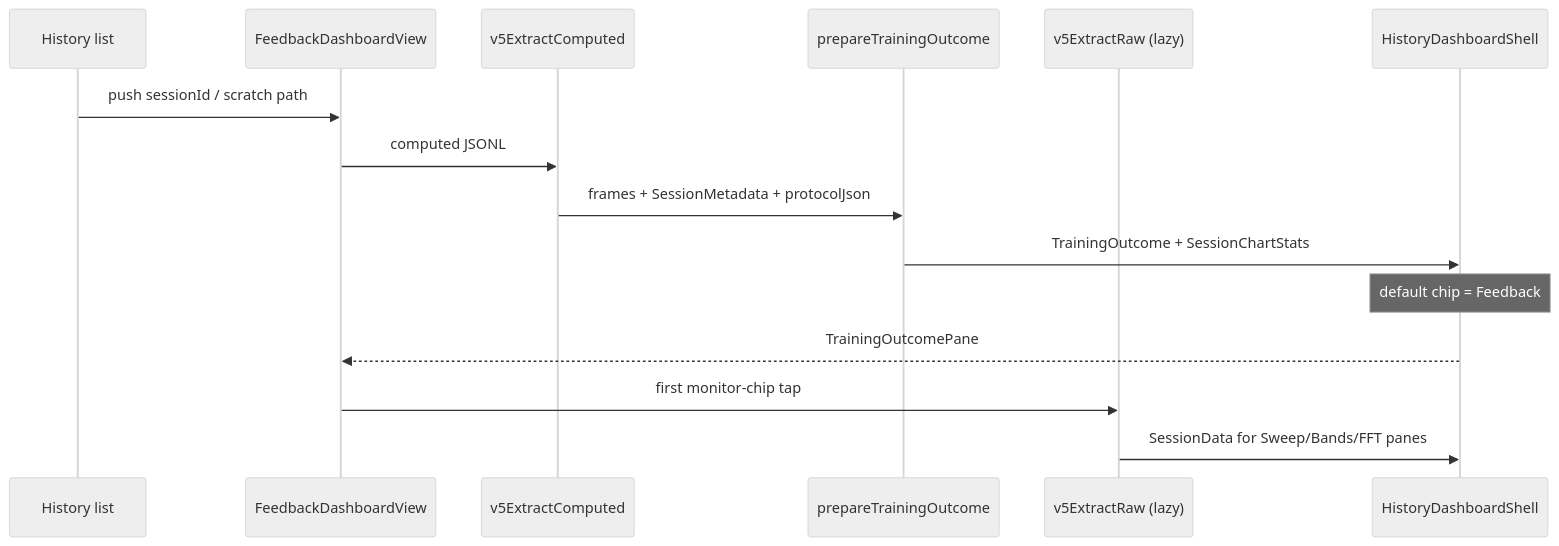
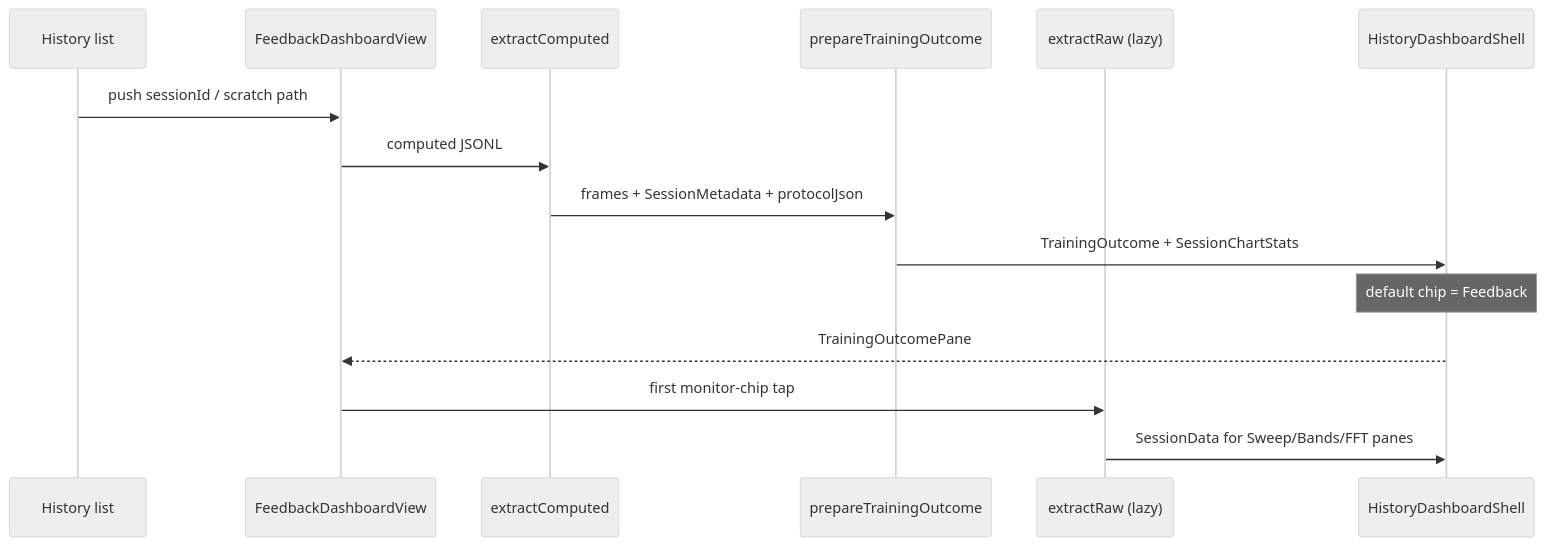
The fourth of 4 diagrams in .ai/TODO/history-dashboard-unification.md (windwerfer/neurofeed), drawn with Mermaid (neutral theme) before and after one commit. The commit also changed other lines of this file and 69 other files, not shown here.

````diff
--- a/.ai/TODO/history-dashboard-unification.md
+++ b/.ai/TODO/history-dashboard-unification.md
@@ -656,18 +656,18 @@
 ```mermaid
 sequenceDiagram
   participant Hist as History list
   participant Dash as FeedbackDashboardView
-  participant Comp as v5ExtractComputed
+  participant Comp as extractComputed
   participant Out as prepareTrainingOutcome
-  participant Raw as v5ExtractRaw (lazy)
+  participant Raw as extractRaw (lazy)
   participant Shell as HistoryDashboardShell
 
   Hist->>Dash: push sessionId / scratch path
   Dash->>Comp: computed JSONL
   Comp->>Out: frames + SessionMetadata + protocolJson
   Out->>Shell: TrainingOutcome + SessionChartStats
   Note over Shell: default chip = Feedback
   Shell-->>Dash: TrainingOutcomePane
   Dash->>Raw: first monitor-chip tap
   Raw->>Shell: SessionData for Sweep/Bands/FFT panes
 ```
````
